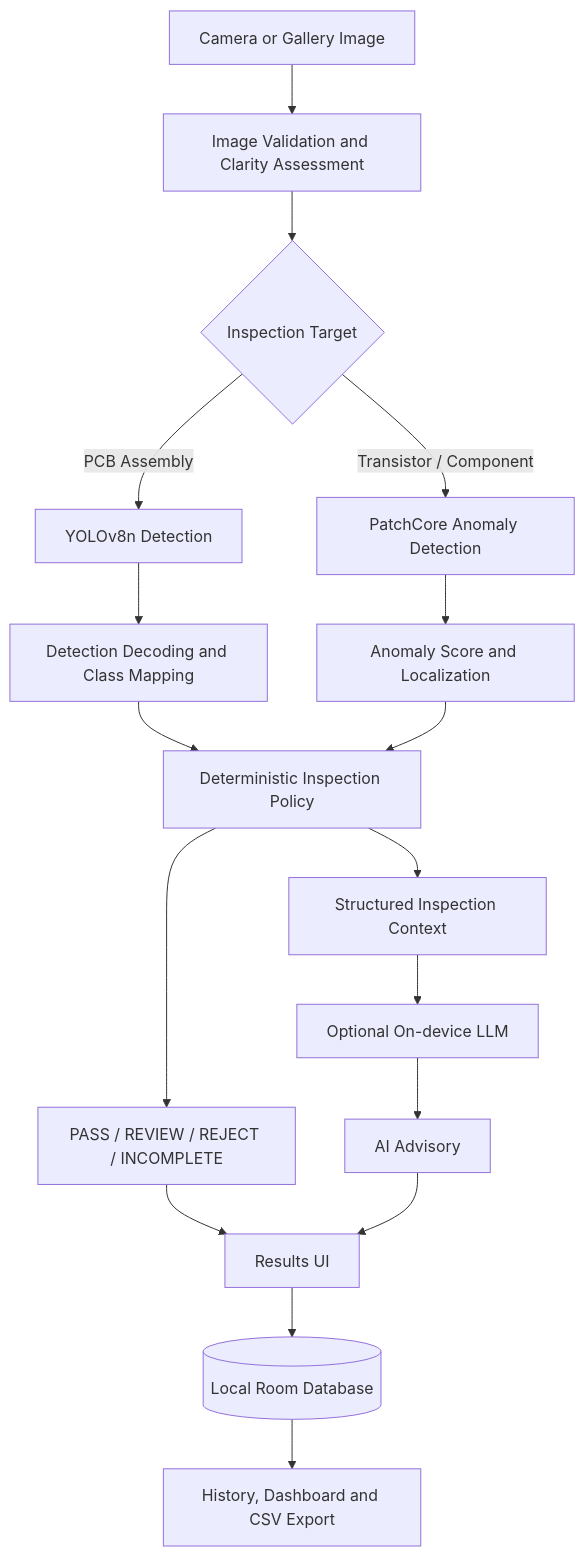
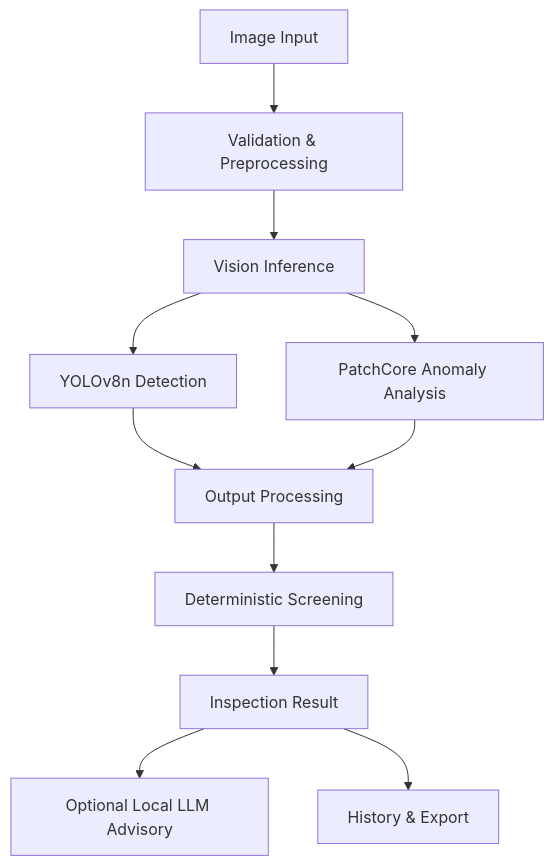
Before and after one commit to radicalSanta/Bharat-AI-PCB-Inspector: the first of 2 diagrams in README.md, drawn with Mermaid. The commit also changed other lines of this file, not shown here.

First line of the commit message:
Revise README for clarity and feature updates

````diff
--- a/README.md
+++ b/README.md
@@ -44,19 +68,13 @@
 ```mermaid
 flowchart TD
-    A[Camera or Gallery Image] --> B[Image Validation and Clarity Assessment]
-    B --> C{Inspection Target}
-    C -->|PCB Assembly| D[YOLOv8n Detection]
-    C -->|Transistor / Component| E[PatchCore Anomaly Detection]
-    D --> F[Detection Decoding and Class Mapping]
-    E --> G[Anomaly Score and Localization]
-    F --> H[Deterministic Inspection Policy]
-    G --> H
-    H --> I[PASS / REVIEW / REJECT / INCOMPLETE]
-    H --> J[Structured Inspection Context]
-    J --> K[Optional On-device LLM]
-    K --> L[AI Advisory]
-    I --> M[Results UI]
-    L --> M
-    M --> N[(Local Room Database)]
-    N --> O[History, Dashboard and CSV Export]
+    A[Image Input] --> B[Validation & Preprocessing]
+    B --> C[Vision Inference]
+    C --> D[YOLOv8n Detection]
+    C --> E[PatchCore Anomaly Analysis]
+    D --> F[Output Processing]
+    E --> F
+    F --> G[Deterministic Screening]
+    G --> H[Inspection Result]
+    H --> I[Optional Local LLM Advisory]
+    H --> J[History & Export]
 ```
````
